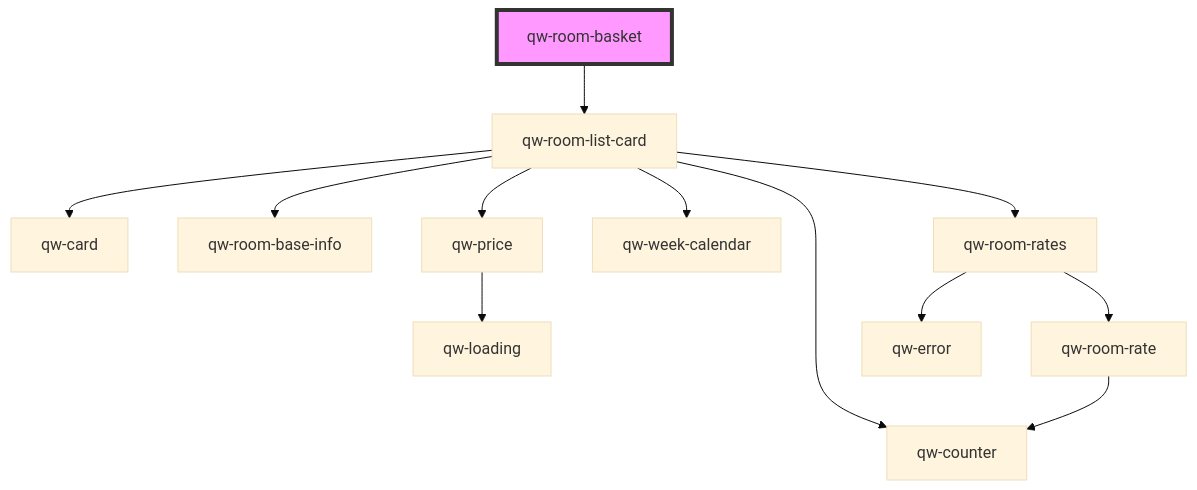
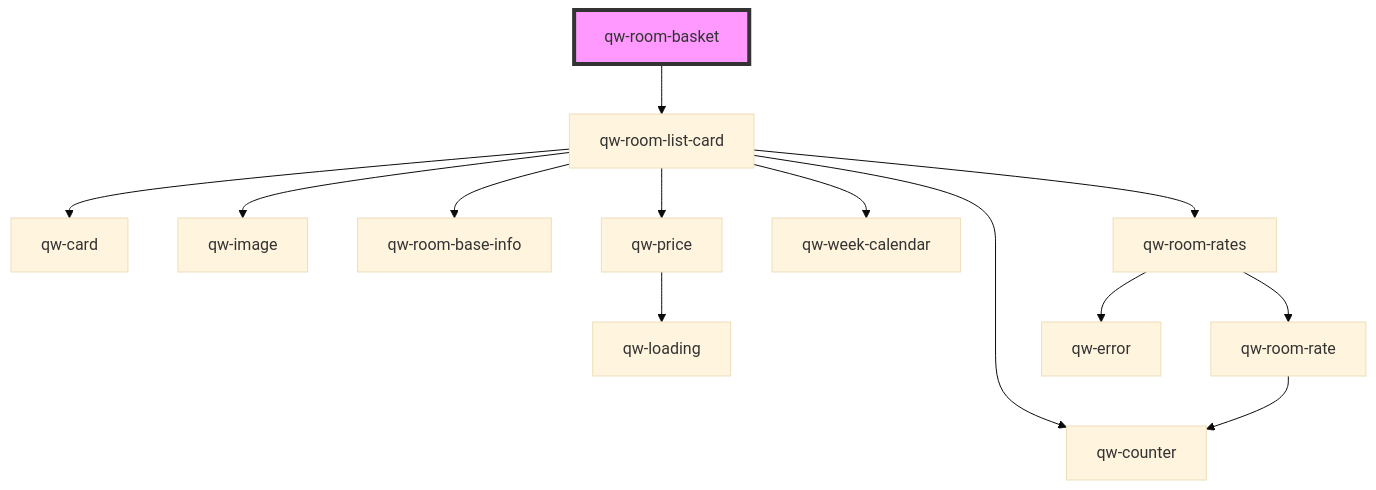
Before and after one commit to qwentes-team/qw-hotels: the diagram in src/components/qw-room-basket/readme.md, drawn with Mermaid (base theme). The commit also changed 15 other files, not shown here.

````diff
--- a/src/components/qw-room-basket/readme.md
+++ b/src/components/qw-room-basket/readme.md
@@ -22,15 +22,16 @@
 ```mermaid
 graph TD;
   qw-room-basket --> qw-room-list-card
   qw-room-list-card --> qw-card
+  qw-room-list-card --> qw-image
   qw-room-list-card --> qw-room-base-info
   qw-room-list-card --> qw-price
   qw-room-list-card --> qw-week-calendar
   qw-room-list-card --> qw-room-rates
   qw-room-list-card --> qw-counter
   qw-price --> qw-loading
   qw-room-rates --> qw-room-rate
   qw-room-rates --> qw-error
   qw-room-rate --> qw-counter
   style qw-room-basket fill:#f9f,stroke:#333,stroke-width:4px
 ```
````
